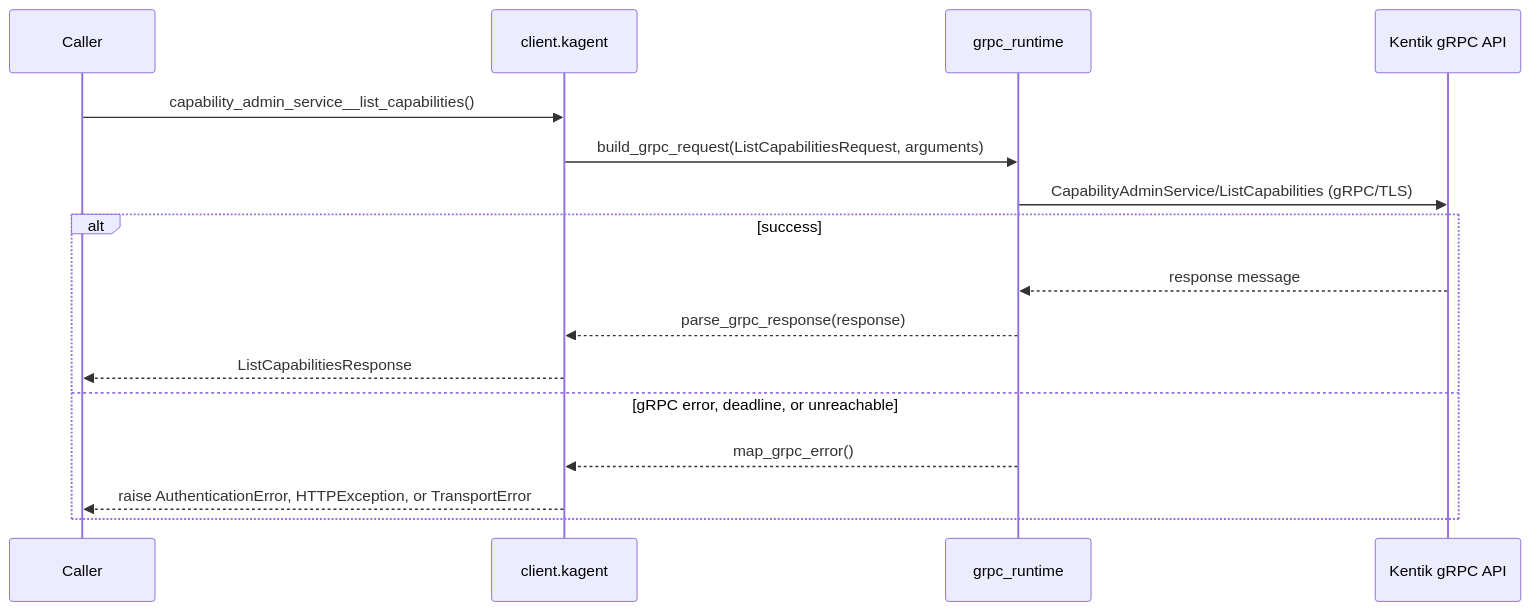
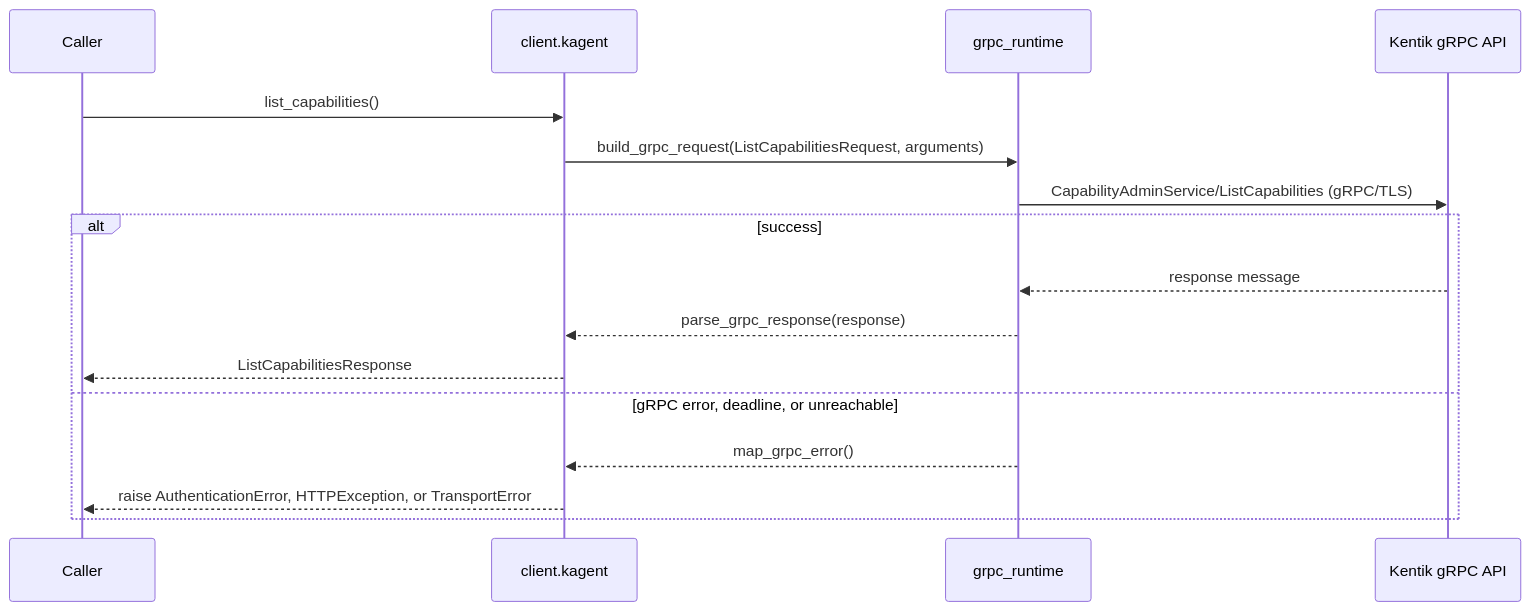
Diagram 25 of 58 in docs/sphinx/services/kagent.md (alexdearaujo/community_sdk_python), drawn with Mermaid before and after one commit. The commit also changed other lines of this file and 10 other files, not shown here.

````diff
--- a/docs/sphinx/services/kagent.md
+++ b/docs/sphinx/services/kagent.md
@@ -914,19 +914,19 @@
 ```mermaid
 sequenceDiagram
     participant C as Caller
     participant W as client.kagent
     participant R as grpc_runtime
     participant API as Kentik gRPC API
 
-    C->>W: capability_admin_service__list_capabilities()
+    C->>W: list_capabilities()
     W->>R: build_grpc_request(ListCapabilitiesRequest, arguments)
     R->>API: CapabilityAdminService/ListCapabilities (gRPC/TLS)
     alt success
         API-->>R: response message
         R-->>W: parse_grpc_response(response)
         W-->>C: ListCapabilitiesResponse
     else gRPC error, deadline, or unreachable
         R-->>W: map_grpc_error()
         W-->>C: raise AuthenticationError, HTTPException, or TransportError
     end
 ```
````
